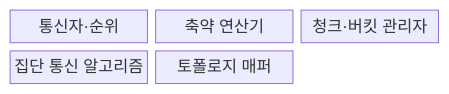
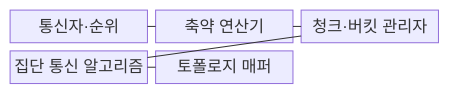
The first of 2 diagrams in src/content/docs/notes/08-latest-tech/153_all_reduce.md (agnusdei1207/knowledge-base), drawn with Mermaid before and after one commit. The commit also changed other lines of this file and 228 other files, not shown here.

````diff
--- a/src/content/docs/notes/08-latest-tech/153_all_reduce.md
+++ b/src/content/docs/notes/08-latest-tech/153_all_reduce.md
@@ -54,9 +54,13 @@
 ```mermaid
 block-beta
     columns 3
     C["통신자·순위"]
     O["축약 연산기"]
     B["청크·버킷 관리자"]
     A["집단 통신 알고리즘"]
     T["토폴로지 매퍼"]
+    C --- O
+    O --- B
+    B --- A
+    A --- T
 ```
````
